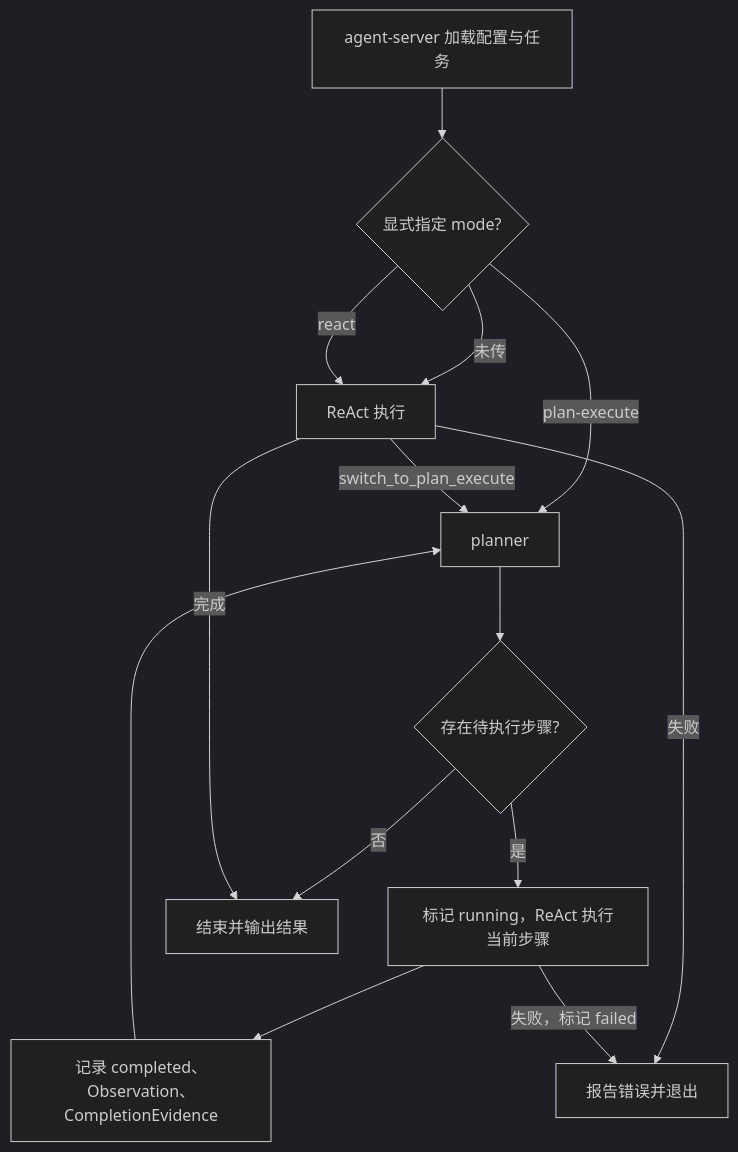
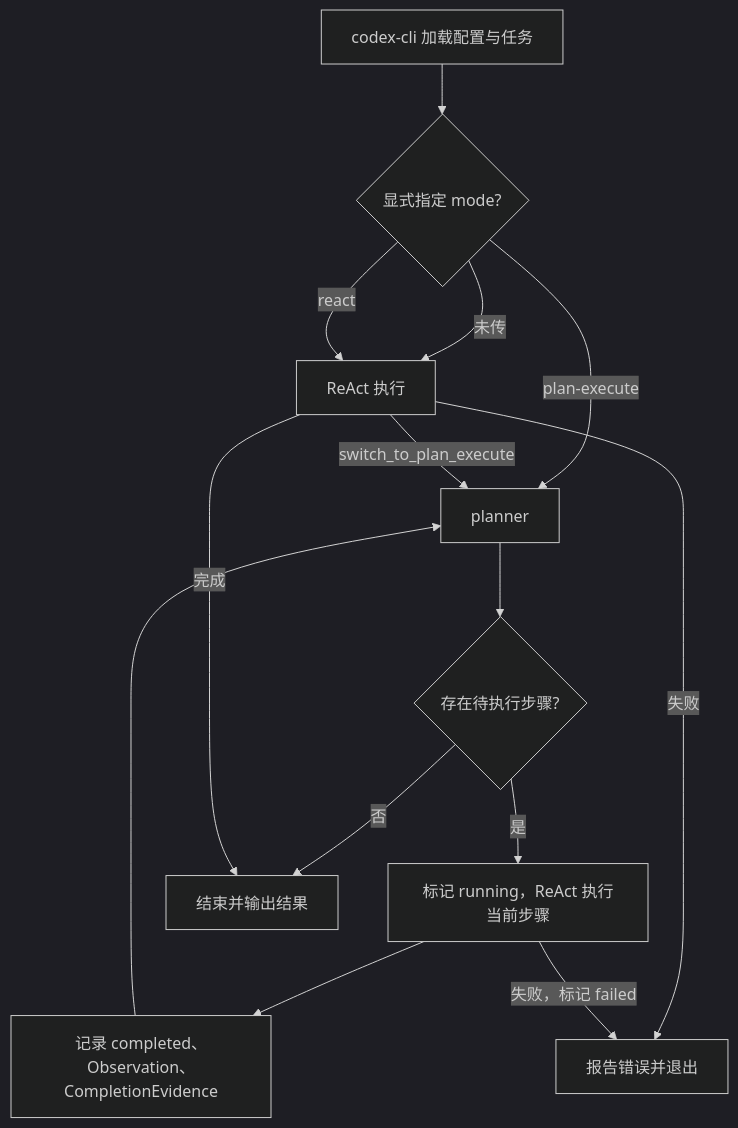
One commit to collie-agent/codex-go changed the first of 2 diagrams in README.md. Above: the diagram before and after it, drawn with Mermaid (dark theme). The commit also changed other lines of this file and 6 other files, not shown here.

Commit message:
refactor: rename agent server to codex-cli

````diff
--- a/README.md
+++ b/README.md
@@ -140,16 +140,16 @@
 ```mermaid
 flowchart TD
-    A[agent-server 加载配置与任务] --> B{显式指定 mode?}
+    A[codex-cli 加载配置与任务] --> B{显式指定 mode?}
     B -->|未传| R[ReAct 执行]
     B -->|react| R[ReAct 执行]
     B -->|plan-execute| P[planner]
     P --> E{存在待执行步骤?}
     E -->|是| S[标记 running，ReAct 执行当前步骤]
     S --> T[记录 completed、Observation、CompletionEvidence]
     T --> P
     E -->|否| F[结束并输出结果]
     R -->|完成| F
     R -->|switch_to_plan_execute| P
     R -->|失败| X[报告错误并退出]
     S -->|失败，标记 failed| X
 ```
````
